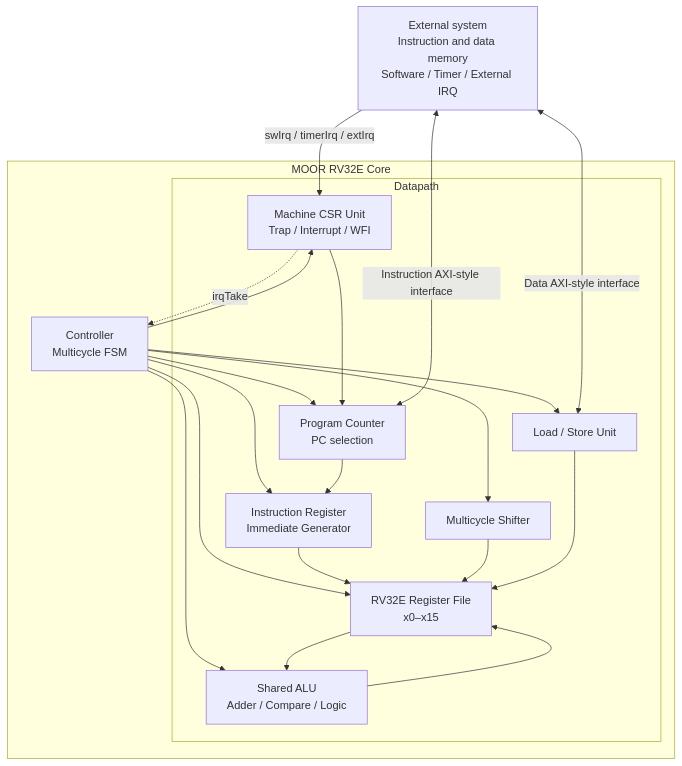
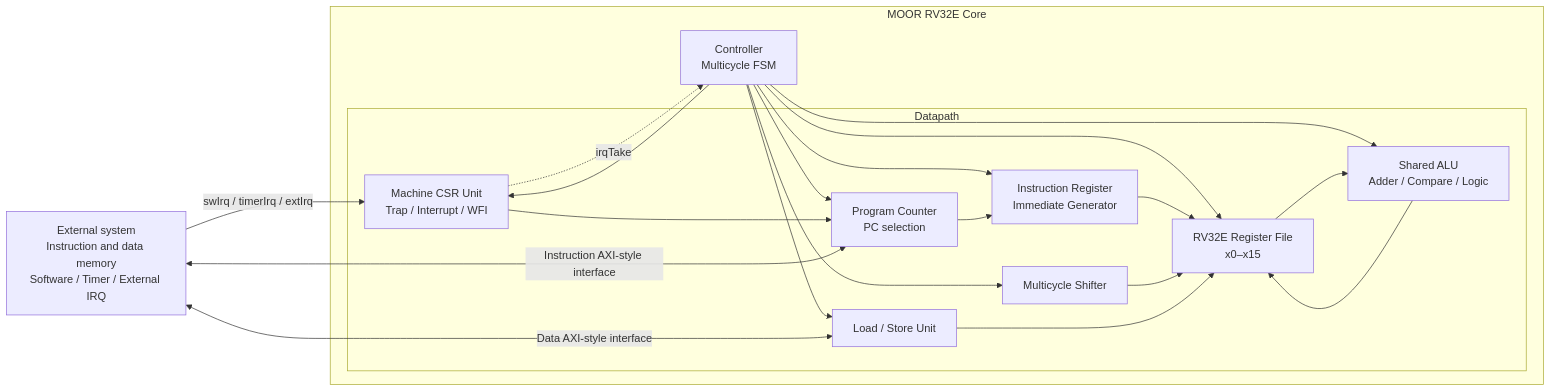
Before and after one commit to Sarst04/MOOR: the first of 2 diagrams in README.md, drawn with Mermaid.

Commit message:
change flowchart to LR

````diff
--- a/README.md
+++ b/README.md
@@ -17,39 +17,39 @@
 ```mermaid
-flowchart TB
+flowchart LR
     EXT["External system<br/>Instruction and data memory<br/>Software / Timer / External IRQ"]
 
     subgraph MOOR["MOOR RV32E Core"]
         CTRL["Controller<br/>Multicycle FSM"]
 
         subgraph DP["Datapath"]
             PC["Program Counter<br/>PC selection"]
             IR["Instruction Register<br/>Immediate Generator"]
             RF["RV32E Register File<br/>x0–x15"]
             ALU["Shared ALU<br/>Adder / Compare / Logic"]
             SH["Multicycle Shifter"]
             LSU["Load / Store Unit"]
             CSR["Machine CSR Unit<br/>Trap / Interrupt / WFI"]
         end
 
         CTRL --> PC
         CTRL --> IR
         CTRL --> RF
         CTRL --> ALU
         CTRL --> SH
         CTRL --> LSU
         CTRL --> CSR
 
         IR --> RF
         RF --> ALU
         ALU --> RF
         SH --> RF
         LSU --> RF
         PC --> IR
         CSR --> PC
     end
 
     EXT <-->|Instruction AXI-style interface| PC
     EXT <-->|Data AXI-style interface| LSU
     EXT -->|swIrq / timerIrq / extIrq| CSR
     CSR -.->|irqTake| CTRL
 ```
````
